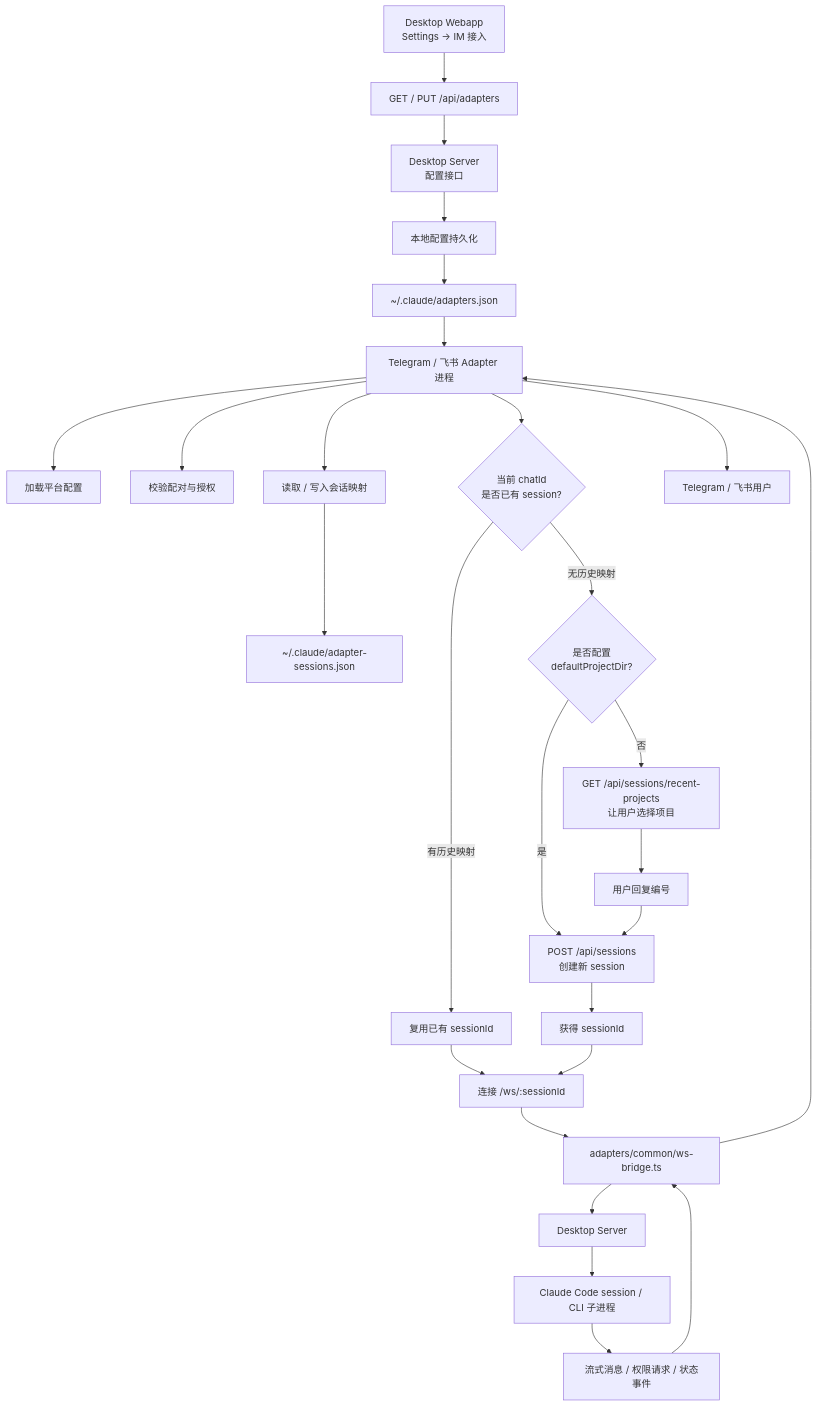
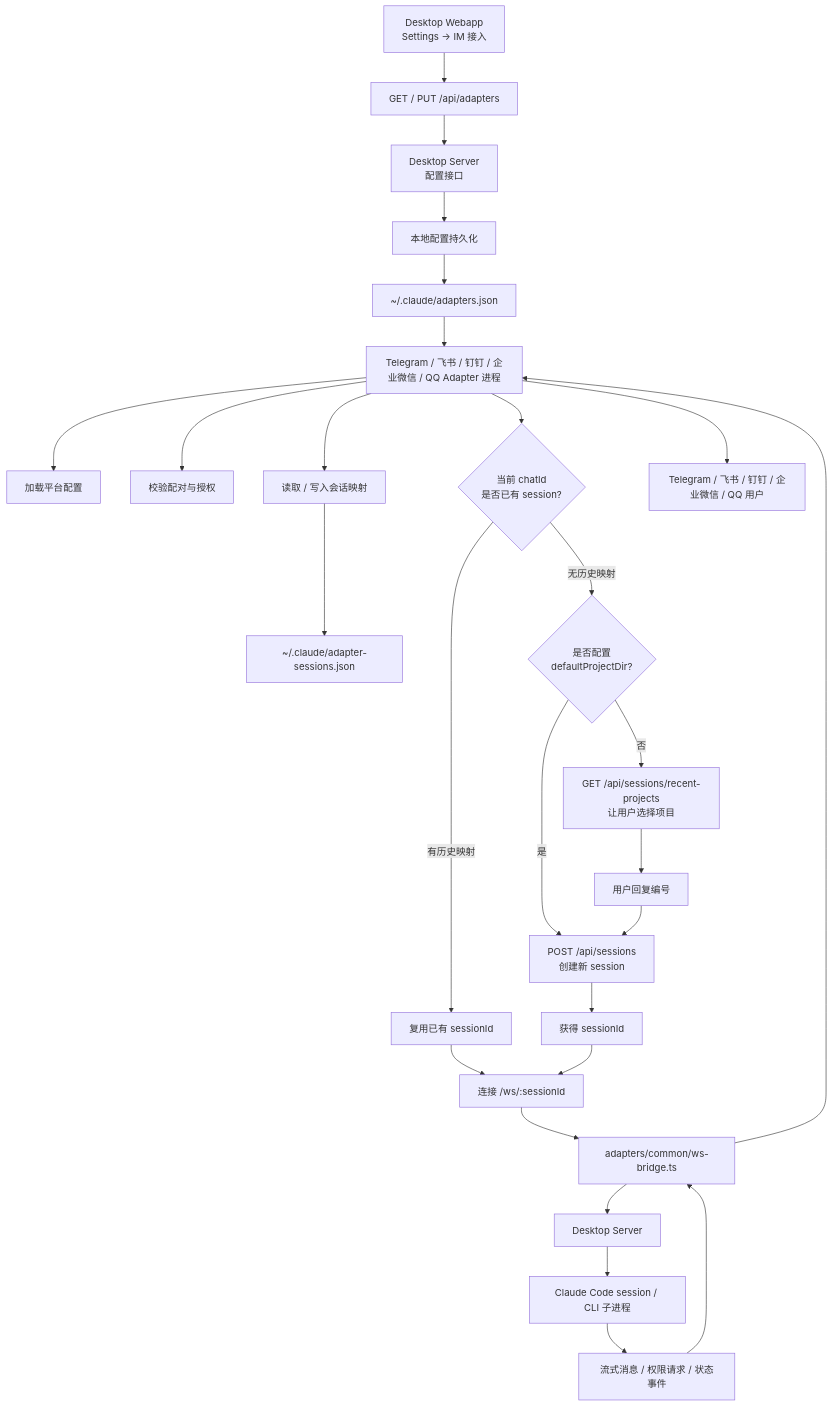
Before and after one commit to worst001/gugu-agent: the diagram in docs/im/index.md, drawn with Mermaid. The commit also changed other lines of this file and 45 other files, not shown here.

````diff
--- a/docs/im/index.md
+++ b/docs/im/index.md
@@ -12,34 +12,34 @@
 ```mermaid
 flowchart TD
     A["Desktop Webapp<br/>Settings -> IM 接入"] --> B["GET / PUT /api/adapters"]
     B --> C["Desktop Server<br/>配置接口"]
     C --> D["本地配置持久化"]
     D --> E["~/.claude/adapters.json"]
 
-    E --> F["Telegram / 飞书 Adapter 进程"]
+    E --> F["Telegram / 飞书 / 钉钉 / 企业微信 / QQ Adapter 进程"]
     F --> G["加载平台配置"]
     F --> H["校验配对与授权"]
     F --> I["读取 / 写入会话映射"]
     I --> J["~/.claude/adapter-sessions.json"]
 
     F --> K{"当前 chatId<br/>是否已有 session?"}
     K -->|有历史映射| L["复用已有 sessionId"]
     K -->|无历史映射| M{"是否配置<br/>defaultProjectDir?"}
     M -->|是| N["POST /api/sessions<br/>创建新 session"]
     M -->|否| O["GET /api/sessions/recent-projects<br/>让用户选择项目"]
     O --> P["用户回复编号"]
     P --> N
 
     N --> Q["获得 sessionId"]
     L --> R["连接 /ws/:sessionId"]
     Q --> R
 
     R --> S["adapters/common/ws-bridge.ts"]
     S --> T["Desktop Server"]
     T --> U["Claude Code session / CLI 子进程"]
 
     U --> V["流式消息 / 权限请求 / 状态事件"]
     V --> S
     S --> F
-    F --> W["Telegram / 飞书用户"]
+    F --> W["Telegram / 飞书 / 钉钉 / 企业微信 / QQ 用户"]
 ```
````
